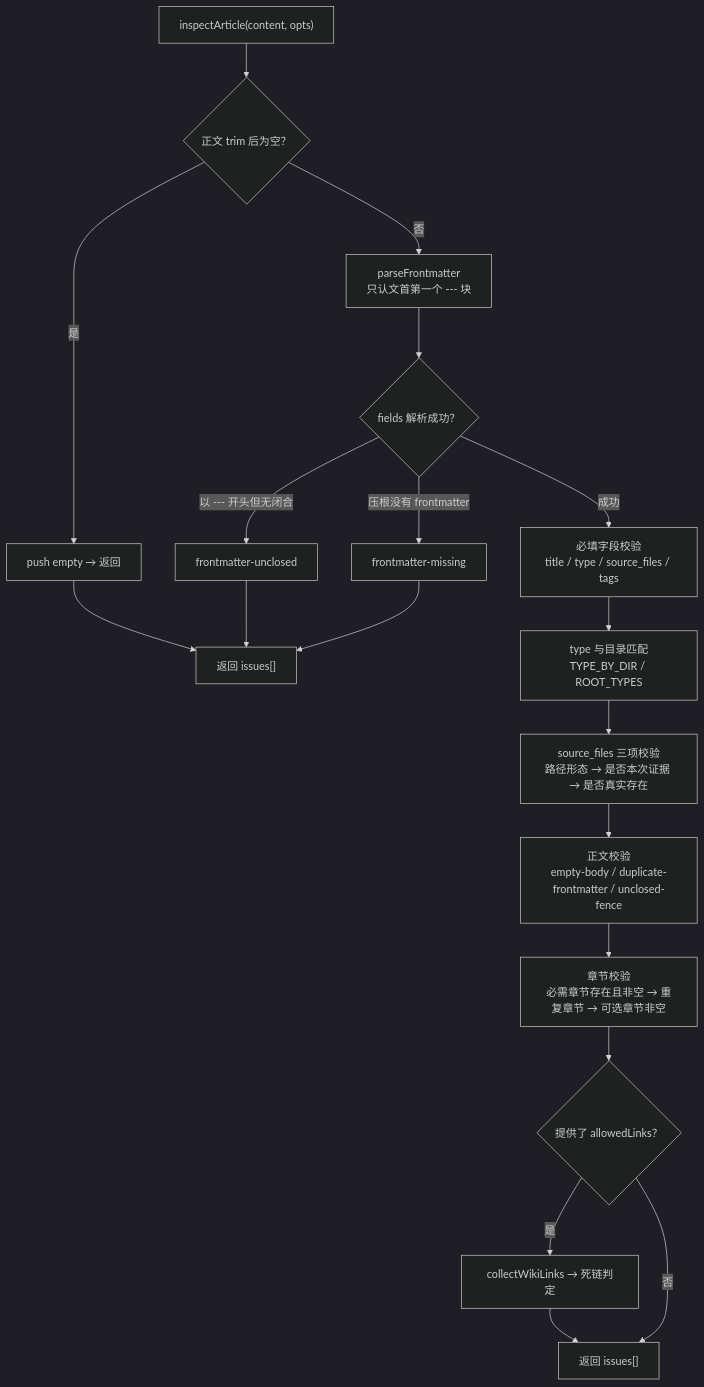
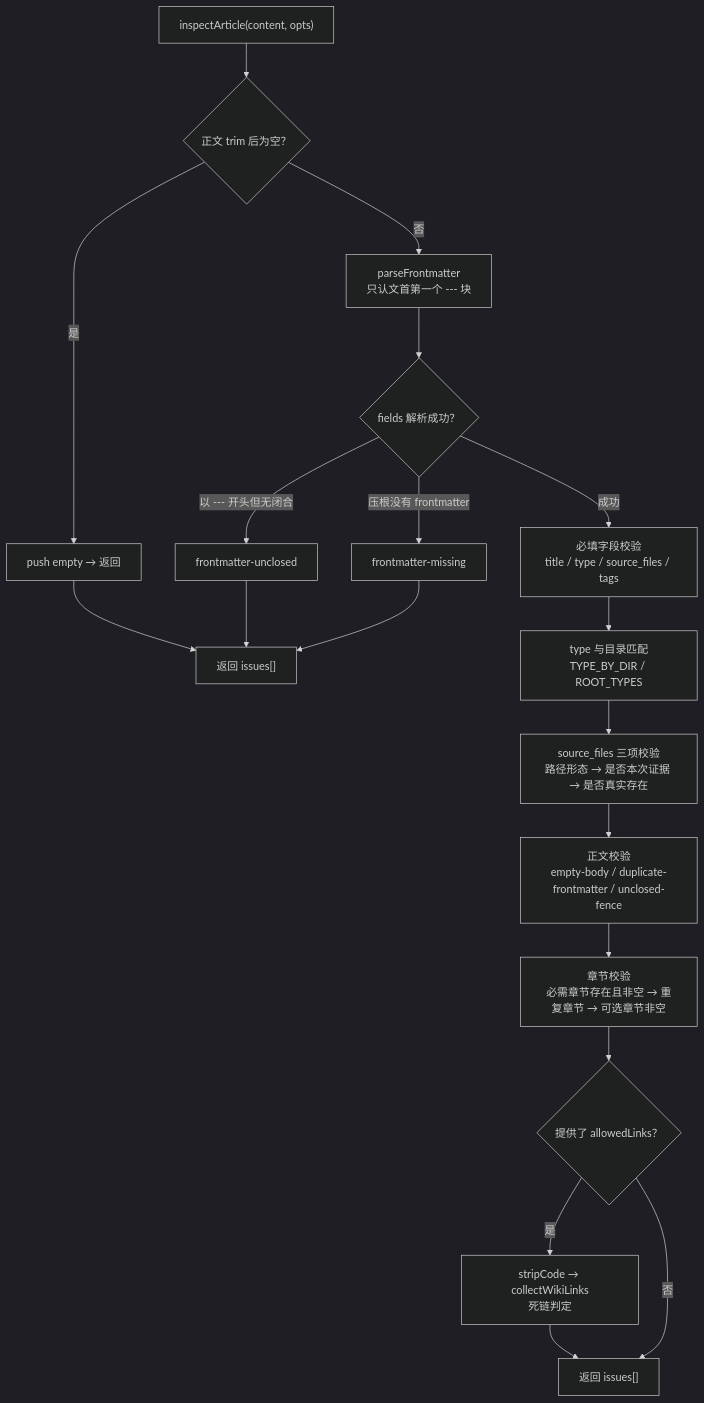
The second of 3 diagrams in .codewiki/modules/article-validation.md (ikliml666/dsh-codewiki), drawn with Mermaid (dark theme) before and after one commit. The commit also changed other lines of this file and 15 other files, not shown here.

Commit message:
docs(wiki): 更新 CodeWiki 编译产物（任务 job-mvzes2zd-0，40 篇文章）

````diff
--- a/.codewiki/modules/article-validation.md
+++ b/.codewiki/modules/article-validation.md
@@ -88,21 +88,21 @@
 ```mermaid
 flowchart TD
     Start["inspectArticle(content, opts)"] --> E{"正文 trim 后为空？"}
     E -- "是" --> Err1["push empty → 返回"]
     E -- "否" --> FM["parseFrontmatter<br/>只认文首第一个 --- 块"]
     FM --> FMOK{"fields 解析成功？"}
     FMOK -- "以 --- 开头但无闭合" --> Err2["frontmatter-unclosed"]
     FMOK -- "压根没有 frontmatter" --> Err3["frontmatter-missing"]
     FMOK -- "成功" --> Fields["必填字段校验<br/>title / type / source_files / tags"]
     Fields --> Type["type 与目录匹配<br/>TYPE_BY_DIR / ROOT_TYPES"]
     Type --> Src["source_files 三项校验<br/>路径形态 → 是否本次证据 → 是否真实存在"]
     Src --> Body["正文校验<br/>empty-body / duplicate-frontmatter / unclosed-fence"]
     Body --> Sec["章节校验<br/>必需章节存在且非空 → 重复章节 → 可选章节非空"]
     Sec --> Link{"提供了 allowedLinks？"}
-    Link -- "是" --> Dead["collectWikiLinks → 死链判定"]
+    Link -- "是" --> Dead["stripCode → collectWikiLinks<br/>死链判定"]
     Link -- "否" --> Done["返回 issues[]"]
     Dead --> Done
     Err1 --> R["返回 issues[]"]
     Err2 --> R
     Err3 --> R
 ```
````
